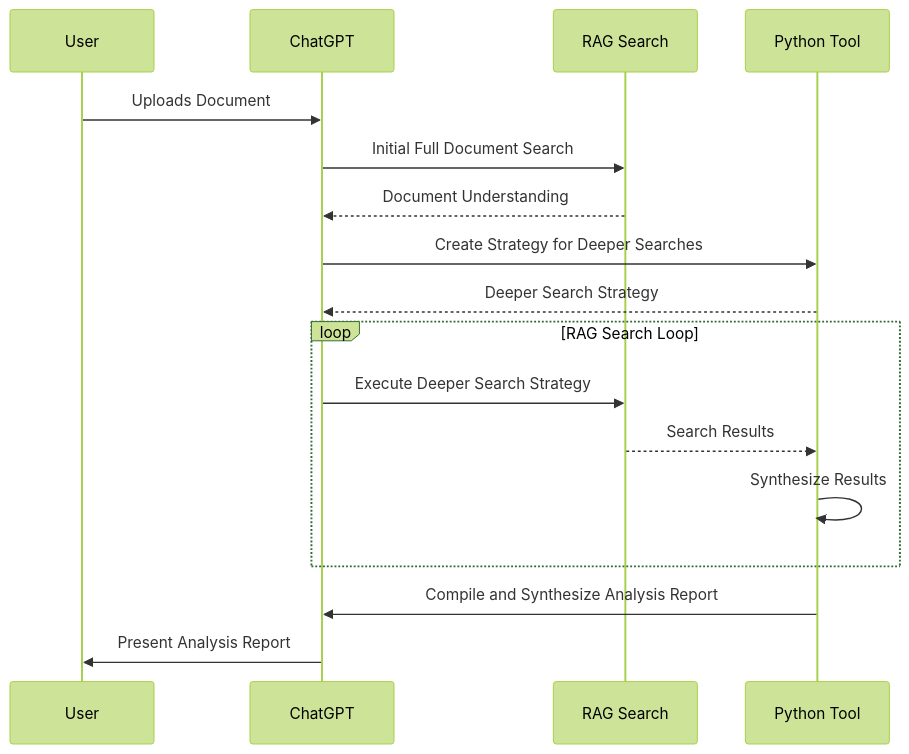
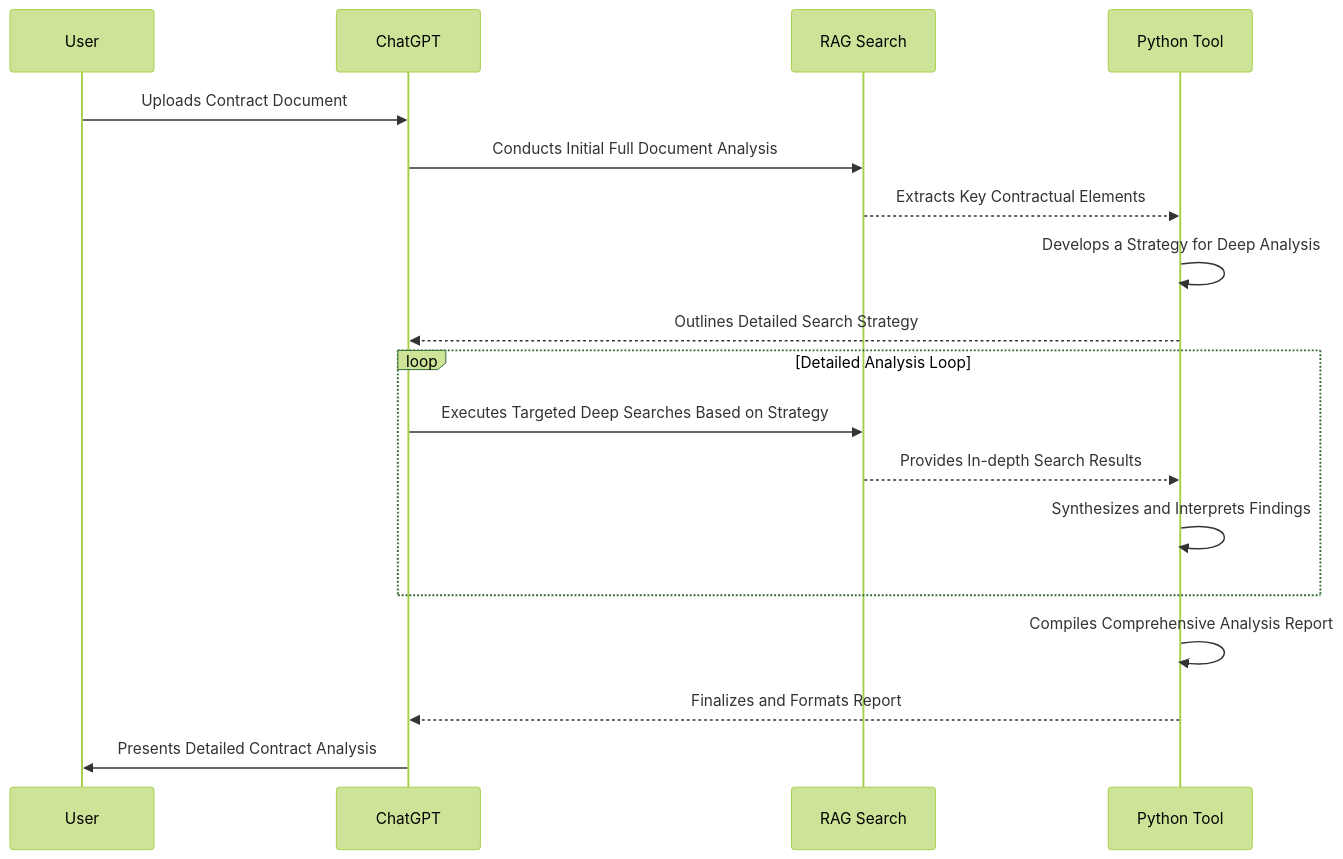
Before and after one commit to nerority/Advanced-GPTs: the seventh of 10 diagrams in README.md, drawn with Mermaid (forest theme). The commit also changed other lines of this file, not shown here.

````diff
--- a/README.md
+++ b/README.md
@@ -428,20 +430,21 @@
 ```mermaid
 sequenceDiagram
     participant User
     participant ChatGPT
     participant RAG as RAG Search
     participant PythonTool as Python Tool
 
-    User->>ChatGPT: Uploads Document
-    ChatGPT->>RAG: Initial Full Document Search
-    RAG-->>ChatGPT: Document Understanding
-    ChatGPT->>PythonTool: Create Strategy for Deeper Searches
-    PythonTool-->>ChatGPT: Deeper Search Strategy
-    loop RAG Search Loop
-        ChatGPT->>RAG: Execute Deeper Search Strategy
-        RAG-->>PythonTool: Search Results
-        PythonTool->>PythonTool: Synthesize Results
+    User->>ChatGPT: Uploads Contract Document
+    ChatGPT->>RAG: Conducts Initial Full Document Analysis
+    RAG-->>PythonTool: Extracts Key Contractual Elements
+    PythonTool->>PythonTool: Develops a Strategy for Deep Analysis
+    PythonTool-->>ChatGPT: Outlines Detailed Search Strategy
+    loop Detailed Analysis Loop
+        ChatGPT->>RAG: Executes Targeted Deep Searches Based on Strategy
+        RAG-->>PythonTool: Provides In-depth Search Results
+        PythonTool->>PythonTool: Synthesizes and Interprets Findings
     end
-    PythonTool->>ChatGPT: Compile and Synthesize Analysis Report
-    ChatGPT->>User: Present Analysis Report
+    PythonTool->>PythonTool: Compiles Comprehensive Analysis Report
+    PythonTool-->>ChatGPT: Finalizes and Formats Report
+    ChatGPT->>User: Presents Detailed Contract Analysis
 ```
````
